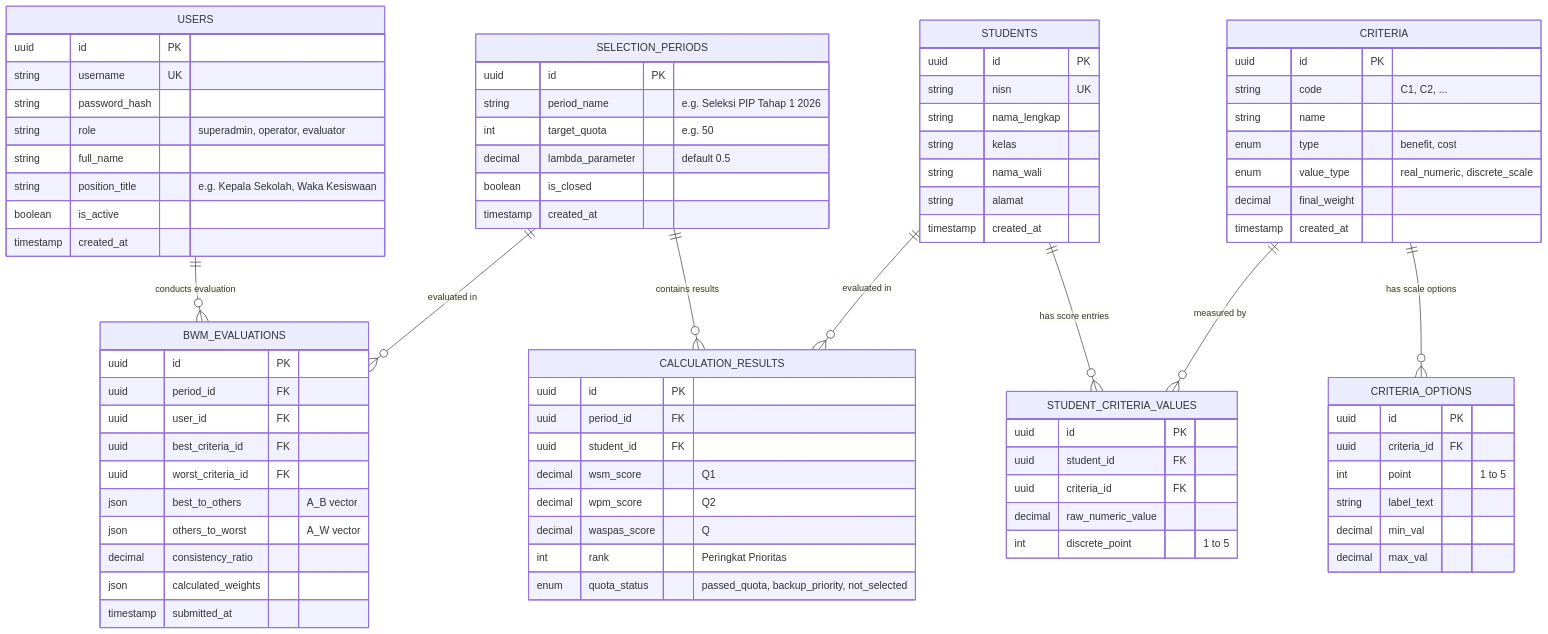
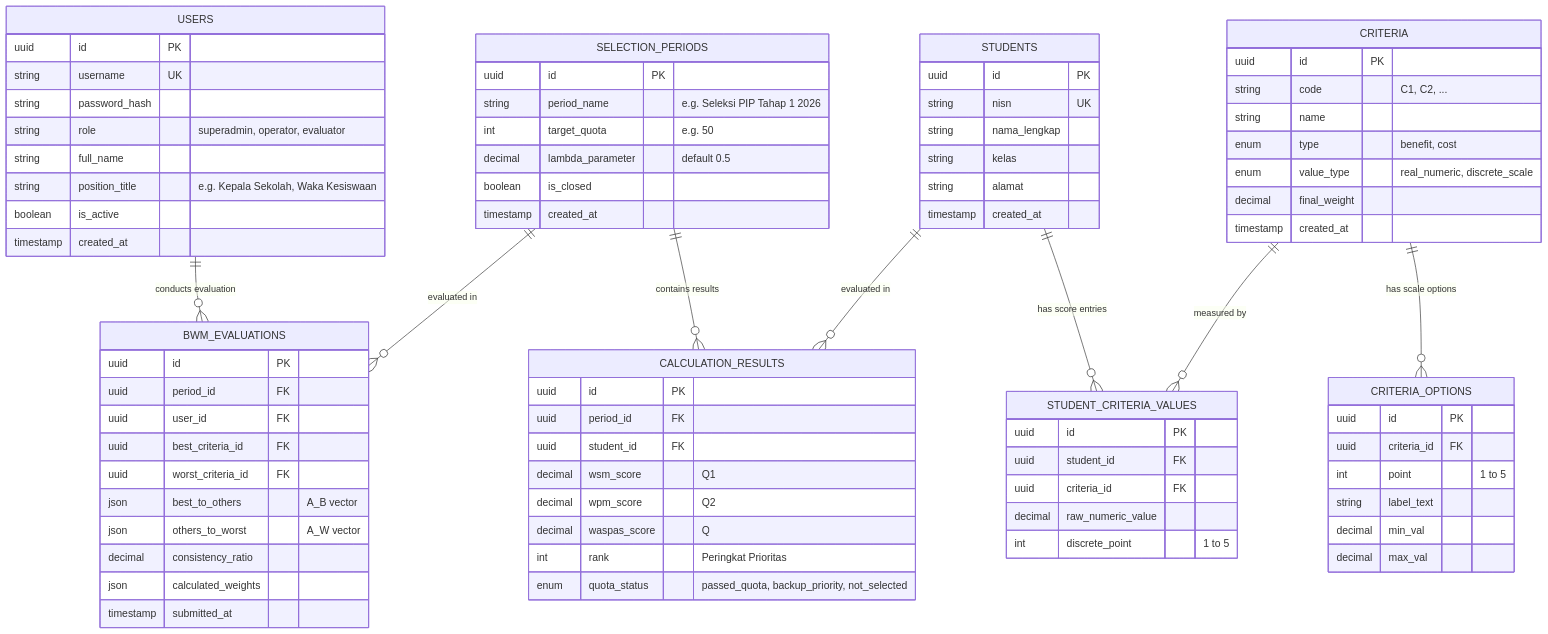
The diagram in PRD_SPK_PIP_BWM_WASPAS.md (NatasyaLubis/seleksi-pip), drawn with Mermaid before and after one commit. The commit also changed 14 other files, not shown here.

Commit message:
refactor: hapuskan nama wali, perbaiki UI modal BWM dan toolbar data siswa

```diff
--- a/PRD_SPK_PIP_BWM_WASPAS.md
+++ b/PRD_SPK_PIP_BWM_WASPAS.md
@@ -237,7 +237,6 @@
         string nisn UK
         string nama_lengkap
         string kelas
-        string nama_wali
         string alamat
         timestamp created_at
     }
```
